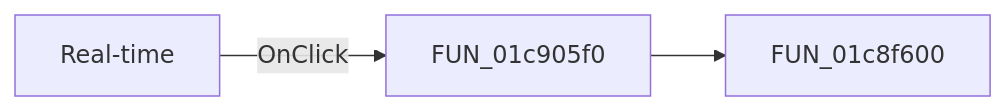
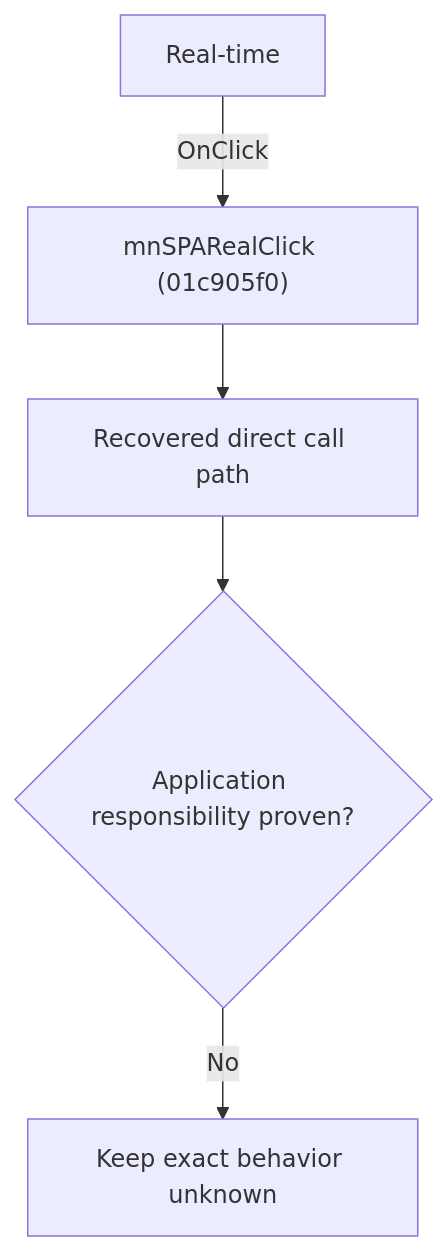
The diagram in docs/ui-controls/schematiceditor/mnspareal-12325756ca.md (MovGP0/TIARA), drawn with Mermaid before and after one commit. The commit also changed other lines of this file and 1062 other files, not shown here.

````diff
--- a/docs/ui-controls/schematiceditor/mnspareal-12325756ca.md
+++ b/docs/ui-controls/schematiceditor/mnspareal-12325756ca.md
@@ -27,5 +27,7 @@
 ```mermaid
-flowchart LR
-    control["Real-time"] -->|OnClick| handler["FUN_01c905f0"]
-    handler --> call1["FUN_01c8f600"]
+flowchart TD
+    control["Real-time"] -->|"OnClick"| handler["mnSPARealClick (01c905f0)"]
+    handler --> recovered["Recovered direct call path"]
+    recovered --> gap{"Application responsibility proven?"}
+    gap -->|"No"| blocked["Keep exact behavior unknown"]
 ```
````
